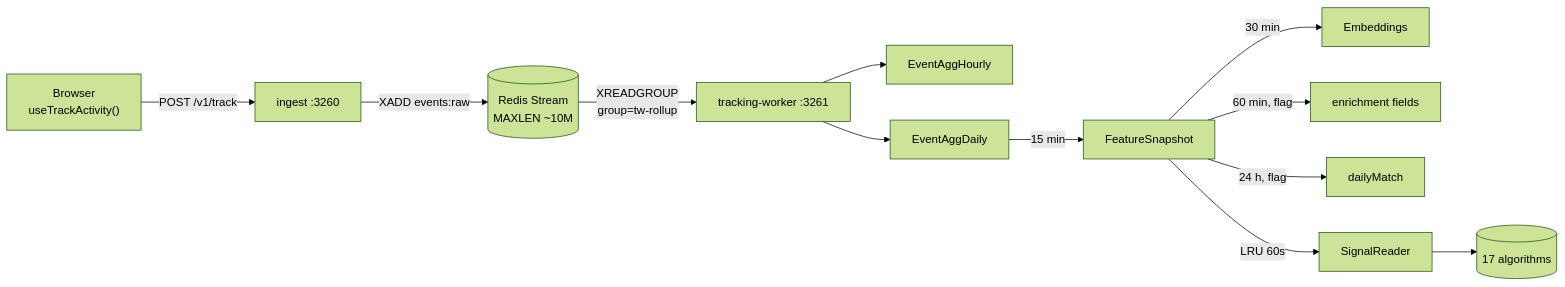
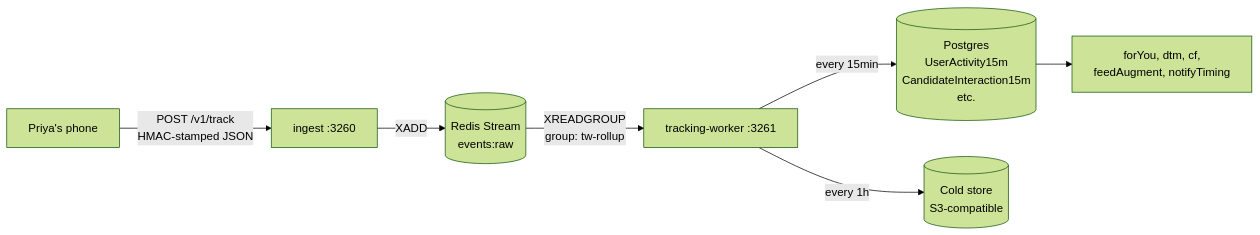
Before and after one commit to shashisingh007/Miamo: the diagram in docs/TRACKING.md, drawn with Mermaid (forest theme). The commit also changed other lines of this file and 20 other files, not shown here.

````diff
--- a/docs/TRACKING.md
+++ b/docs/TRACKING.md
@@ -7,14 +35,9 @@
 ```mermaid
 flowchart LR
-  BR["Browser<br/>useTrackActivity()"] -->|POST /v1/track| ING["ingest :3260"]
-  ING -->|XADD events:raw| RS[("Redis Stream<br/>MAXLEN ~10M")]
-  RS -->|XREADGROUP<br/>group=tw-rollup| TW["tracking-worker :3261"]
-  TW --> EAH["EventAggHourly"]
-  TW --> EAD["EventAggDaily"]
-  EAD -->|15 min| FS["FeatureSnapshot"]
-  FS -->|30 min| EMB["Embeddings"]
-  FS -->|60 min, flag| ENR["enrichment fields"]
-  FS -->|24 h, flag| DM["dailyMatch"]
-  FS -->|LRU 60s| SR["SignalReader"]
-  SR --> ALGOS[("17 algorithms")]
+    Phone[Priya's phone] -->|POST /v1/track<br/>HMAC-stamped JSON| Ingest[ingest :3260]
+    Ingest -->|XADD| Stream[(Redis Stream<br/>events:raw)]
+    Stream -->|XREADGROUP<br/>group: tw-rollup| Worker[tracking-worker :3261]
+    Worker -->|every 15min| Features[(Postgres<br/>UserActivity15m<br/>CandidateInteraction15m<br/>etc.)]
+    Worker -->|every 1h| Cold[(Cold store<br/>S3-compatible)]
+    Features --> Algos[forYou, dtm, cf,<br/>feedAugment, notifyTiming]
 ```
````
